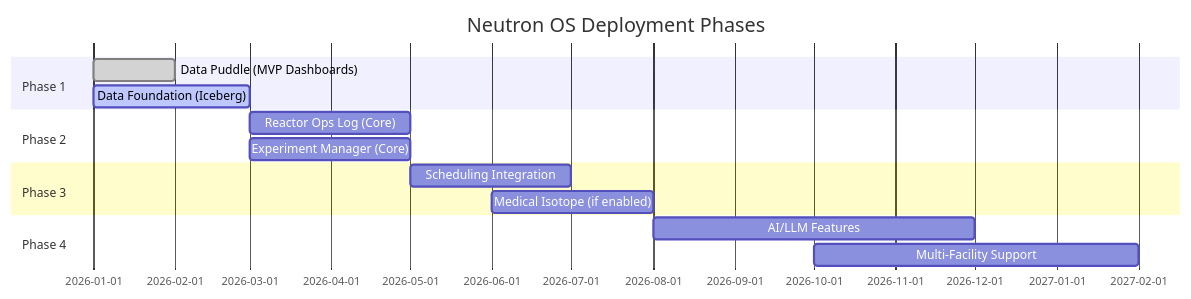
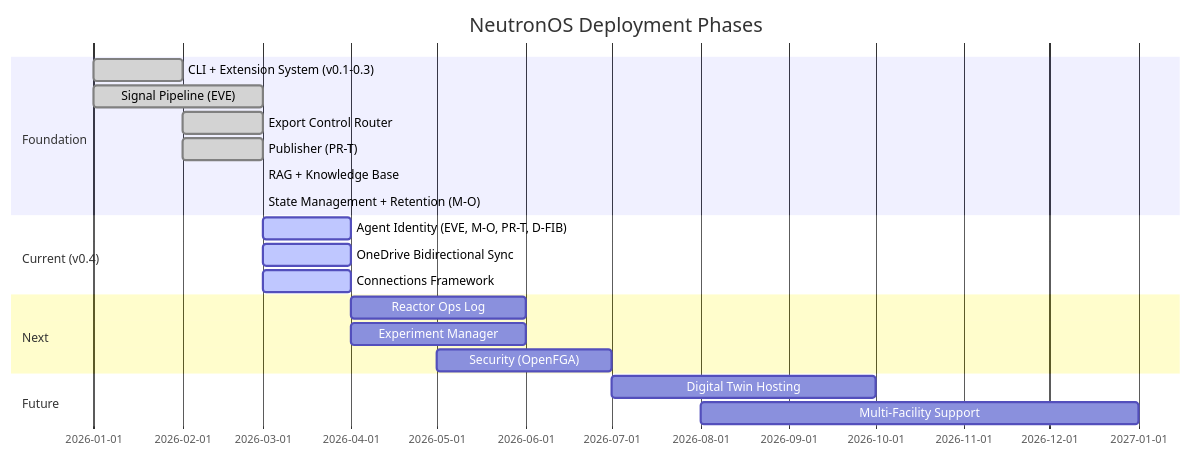
One commit to benjaminbooth/neutron-os-core changed the diagram in docs/requirements/prd-executive.md. Above: the diagram before and after it, drawn with Mermaid. The commit also changed other lines of this file and 19 other files, not shown here.

````diff
--- a/docs/requirements/prd-executive.md
+++ b/docs/requirements/prd-executive.md
@@ -398,17 +110,23 @@
 ```mermaid
 gantt
-    title Neutron OS Deployment Phases
+    title NeutronOS Deployment Phases
     dateFormat  YYYY-MM
-    section Phase 1
-    Data Puddle (MVP Dashboards)    :done, p1a, 2026-01, 2026-02
-    Data Foundation (Iceberg)       :active, p1b, 2026-01, 2026-03
-    section Phase 2
-    Reactor Ops Log (Core)          :p2a, 2026-03, 2026-05
-    Experiment Manager (Core)       :p2b, 2026-03, 2026-05
-    section Phase 3
-    Scheduling Integration          :p3a, 2026-05, 2026-07
-    Medical Isotope (if enabled)    :p3b, 2026-06, 2026-08
-    section Phase 4
-    AI/LLM Features                 :p4, 2026-08, 2026-12
-    Multi-Facility Support          :p5, 2026-10, 2027-02
+    section Foundation
+    CLI + Extension System (v0.1-0.3)       :done, f1, 2026-01, 2026-02
+    Signal Pipeline (EVE)                    :done, f2, 2026-01, 2026-03
+    Export Control Router                    :done, f3, 2026-02, 2026-03
+    Publisher (PR-T)                         :done, f4, 2026-02, 2026-03
+    RAG + Knowledge Base                     :done, f5, 2026-03, 2026-03
+    State Management + Retention (M-O)       :done, f6, 2026-03, 2026-03
+    section Current (v0.4)
+    Agent Identity (EVE, M-O, PR-T, D-FIB)  :active, c1, 2026-03, 2026-04
+    OneDrive Bidirectional Sync              :active, c2, 2026-03, 2026-04
+    Connections Framework                    :active, c3, 2026-03, 2026-04
+    section Next
+    Reactor Ops Log                          :n1, 2026-04, 2026-06
+    Experiment Manager                       :n2, 2026-04, 2026-06
+    Security (OpenFGA)                       :n3, 2026-05, 2026-07
+    section Future
+    Digital Twin Hosting                     :ft1, 2026-07, 2026-10
+    Multi-Facility Support                   :ft2, 2026-08, 2027-01
 ```
````
